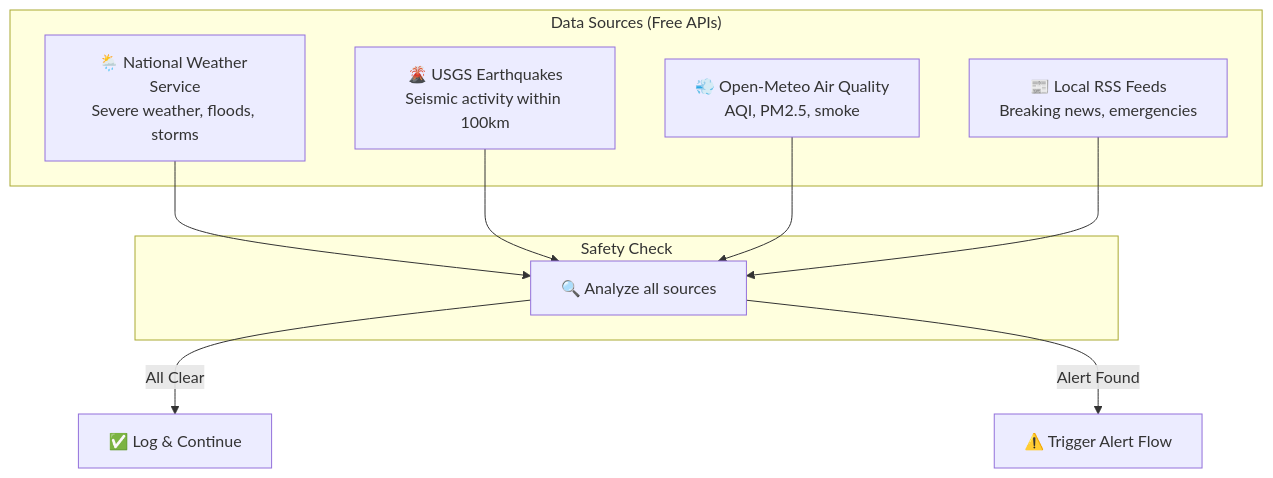
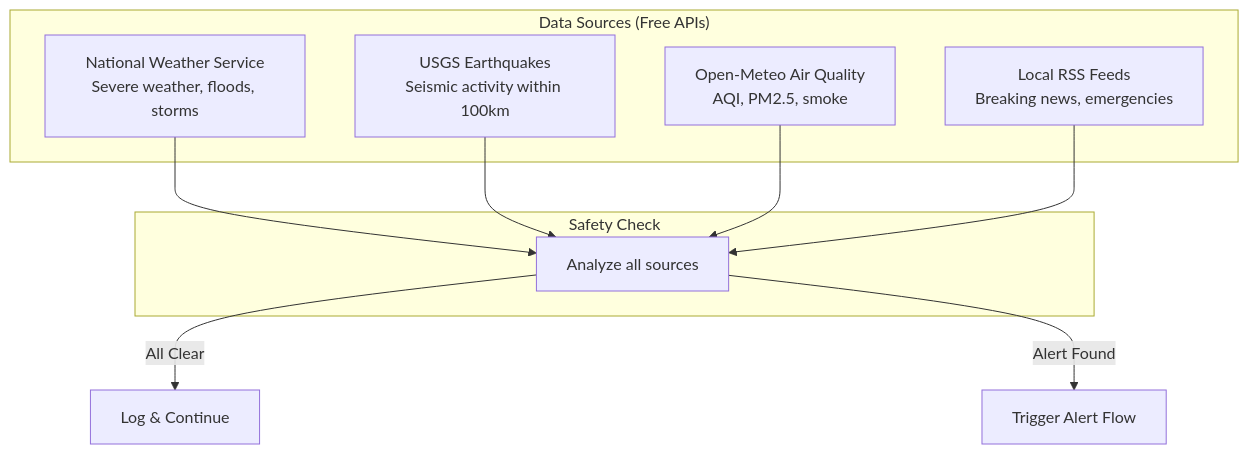
Before and after one commit to Dawgomatic/Xagent: the third of 5 diagrams in skills/skills/sidu/location-safety-skill/README.md, drawn with Mermaid. The commit also changed other lines of this file and 18009 other files, not shown here.

````diff
--- a/skills/skills/sidu/location-safety-skill/README.md
+++ b/skills/skills/sidu/location-safety-skill/README.md
@@ -80,21 +80,21 @@
 ```mermaid
 graph TB
     subgraph "Data Sources (Free APIs)"
-        NWS[🌦️ National Weather Service<br/>Severe weather, floods, storms]
-        USGS[🌋 USGS Earthquakes<br/>Seismic activity within 100km]
-        AQI[💨 Open-Meteo Air Quality<br/>AQI, PM2.5, smoke]
-        NEWS[📰 Local RSS Feeds<br/>Breaking news, emergencies]
+        NWS[ National Weather Service<br/>Severe weather, floods, storms]
+        USGS[ USGS Earthquakes<br/>Seismic activity within 100km]
+        AQI[ Open-Meteo Air Quality<br/>AQI, PM2.5, smoke]
+        NEWS[ Local RSS Feeds<br/>Breaking news, emergencies]
     end
     
     subgraph "Safety Check"
-        CHECK[🔍 Analyze all sources]
+        CHECK[ Analyze all sources]
     end
     
     NWS --> CHECK
     USGS --> CHECK
     AQI --> CHECK
     NEWS --> CHECK
     
-    CHECK -->|All Clear| OK[✅ Log & Continue]
-    CHECK -->|Alert Found| ALERT[⚠️ Trigger Alert Flow]
+    CHECK -->|All Clear| OK[ Log & Continue]
+    CHECK -->|Alert Found| ALERT[ Trigger Alert Flow]
 ```
````
